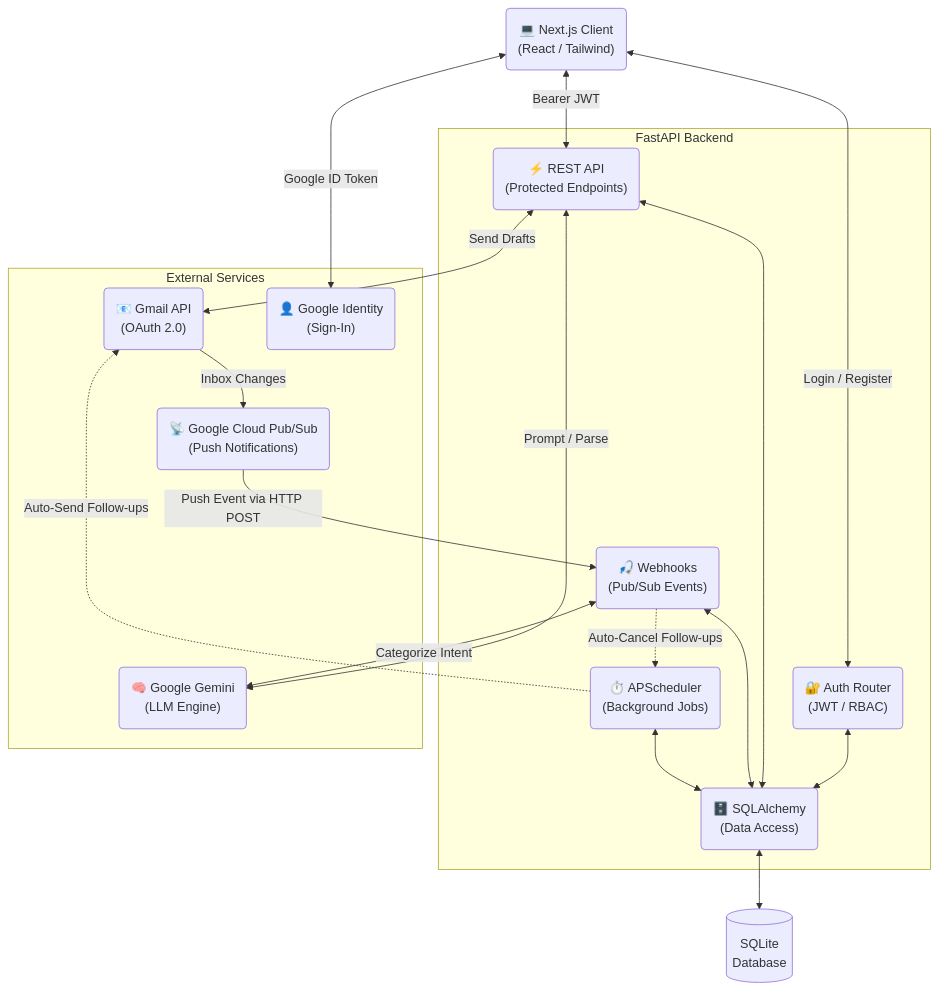
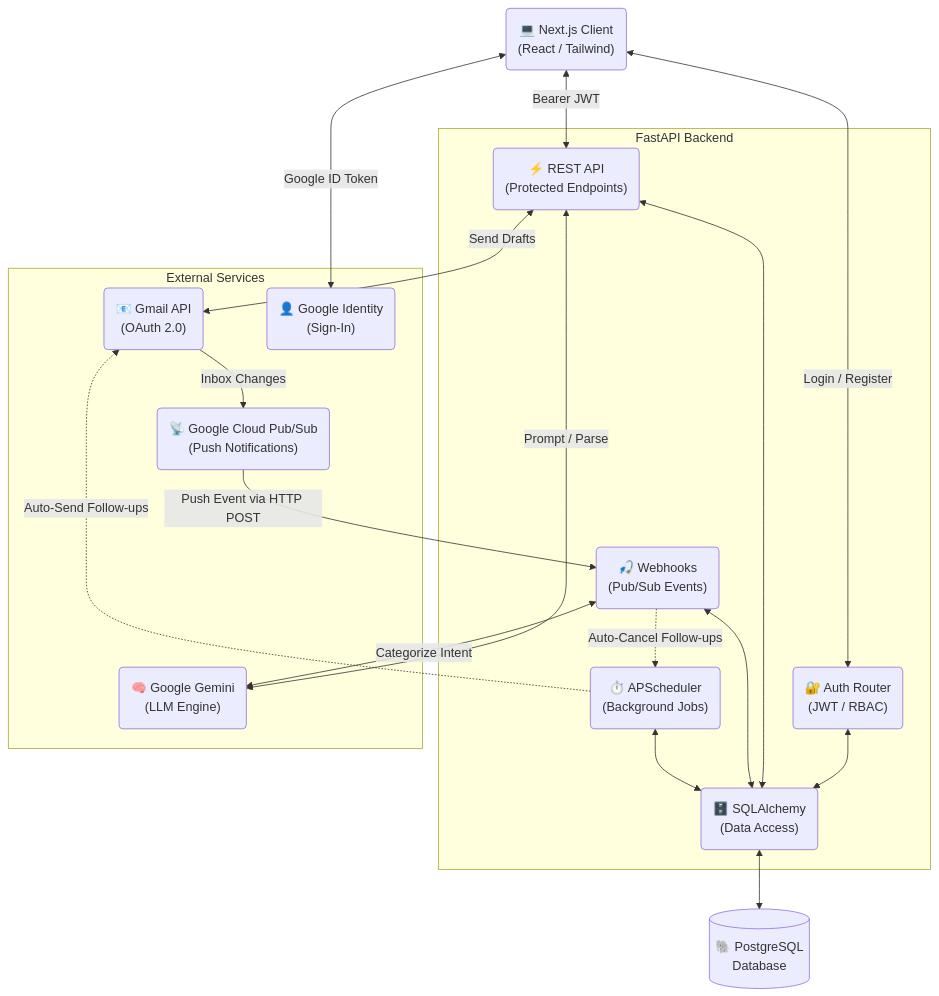
One commit to codexankitsingh/autoref changed the diagram in README.md. Above: the diagram before and after it, drawn with Mermaid. The commit also changed other lines of this file, not shown here.

Commit message:
docs: update database to PostgreSQL and add deployment details

````diff
--- a/README.md
+++ b/README.md
@@ -33,46 +33,46 @@
 ```mermaid
 graph TD
     Client("💻 Next.js Client<br/>(React / Tailwind)")
     
     subgraph FastAPI Backend
         Auth("🔐 Auth Router<br/>(JWT / RBAC)")
         API("⚡ REST API<br/>(Protected Endpoints)")
         Webhooks("🎣 Webhooks<br/>(Pub/Sub Events)")
         Scheduler("⏱️ APScheduler<br/>(Background Jobs)")
         ORM("🗄️ SQLAlchemy<br/>(Data Access)")
     end
 
     subgraph External Services
         Gemini("🧠 Google Gemini<br/>(LLM Engine)")
         Gmail("📧 Gmail API<br/>(OAuth 2.0)")
         GoogleAuth("👤 Google Identity<br/>(Sign-In)")
         PubSub("📡 Google Cloud Pub/Sub<br/>(Push Notifications)")
     end
     
-    DB[("SQLite<br/>Database")]
+    DB[("🐘 PostgreSQL<br/>Database")]
 
     %% Frontend interactions
     Client <-->|Google ID Token| GoogleAuth
     Client <-->|Login / Register| Auth
     Client <-->|Bearer JWT| API
     
     %% Backend core
     Auth <--> ORM
     API <--> ORM
     Webhooks <--> ORM
     Scheduler <--> ORM
     ORM <--> DB
     
     %% Third-party interactions
     API <-->|Prompt / Parse| Gemini
     API <-->|Send Drafts| Gmail
     
     %% Event-Driven Flow
     Gmail -->|Inbox Changes| PubSub
     PubSub -->|Push Event via HTTP POST| Webhooks
     Webhooks <-->|Categorize Intent| Gemini
     Webhooks -.->|Auto-Cancel Follow-ups| Scheduler
     
     %% Scheduled jobs
     Scheduler -.->|Auto-Send Follow-ups| Gmail
 ```
````
